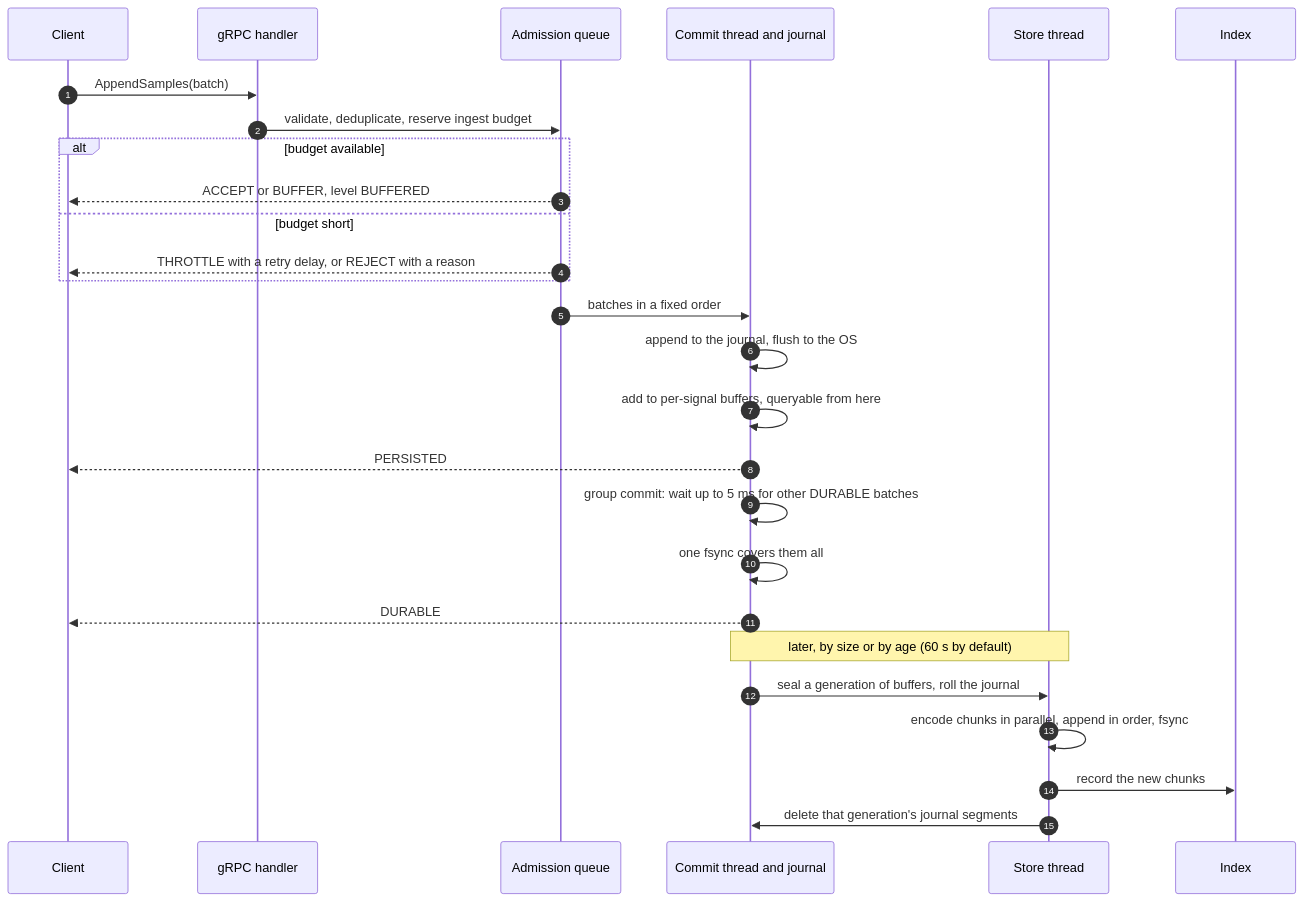
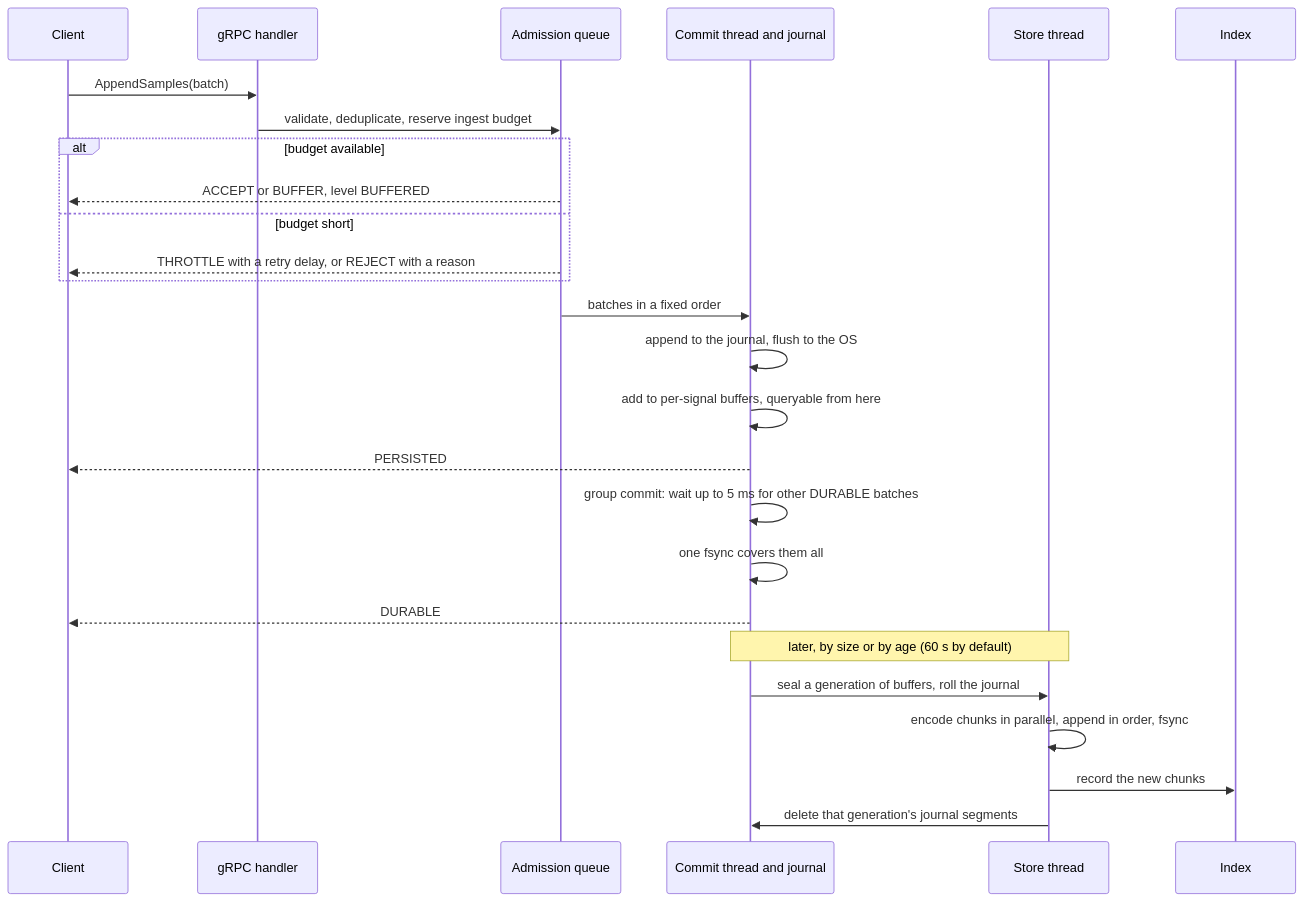
The second of 6 diagrams in README.md (oh-tarnished/norn), drawn with Mermaid before and after one commit. The commit also changed other lines of this file and 41 other files, not shown here.

````diff
--- a/README.md
+++ b/README.md
@@ -218,30 +230,29 @@
 ```mermaid
 sequenceDiagram
-    autonumber
     participant C as Client
     participant G as gRPC handler
     participant Q as Admission queue
     participant J as Commit thread and journal
     participant S as Store thread
     participant X as Index
 
     C->>G: AppendSamples(batch)
     G->>Q: validate, deduplicate, reserve ingest budget
     alt budget available
         Q-->>C: ACCEPT or BUFFER, level BUFFERED
     else budget short
         Q-->>C: THROTTLE with a retry delay, or REJECT with a reason
     end
     Q->>J: batches in a fixed order
     J->>J: append to the journal, flush to the OS
     J->>J: add to per-signal buffers, queryable from here
     J-->>C: PERSISTED
     J->>J: group commit: wait up to 5 ms for other DURABLE batches
     J->>J: one fsync covers them all
     J-->>C: DURABLE
     Note over J,S: later, by size or by age (60 s by default)
     J->>S: seal a generation of buffers, roll the journal
     S->>S: encode chunks in parallel, append in order, fsync
     S->>X: record the new chunks
     S->>J: delete that generation's journal segments
 ```
````
